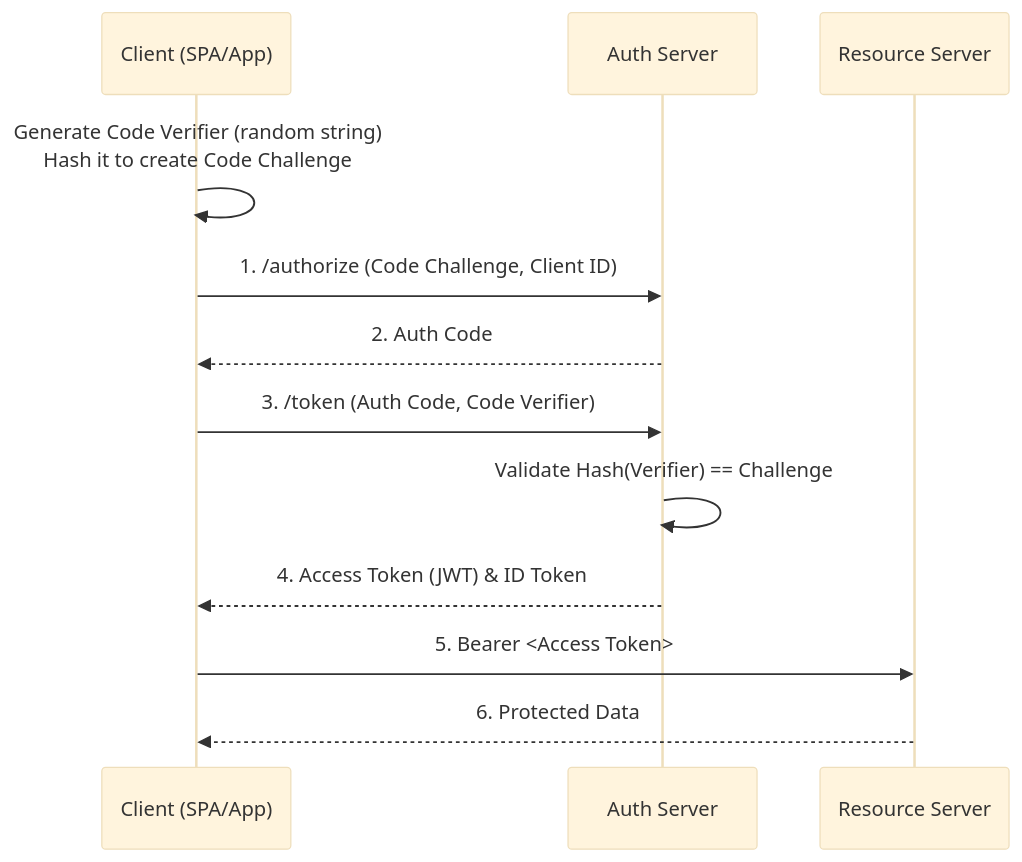
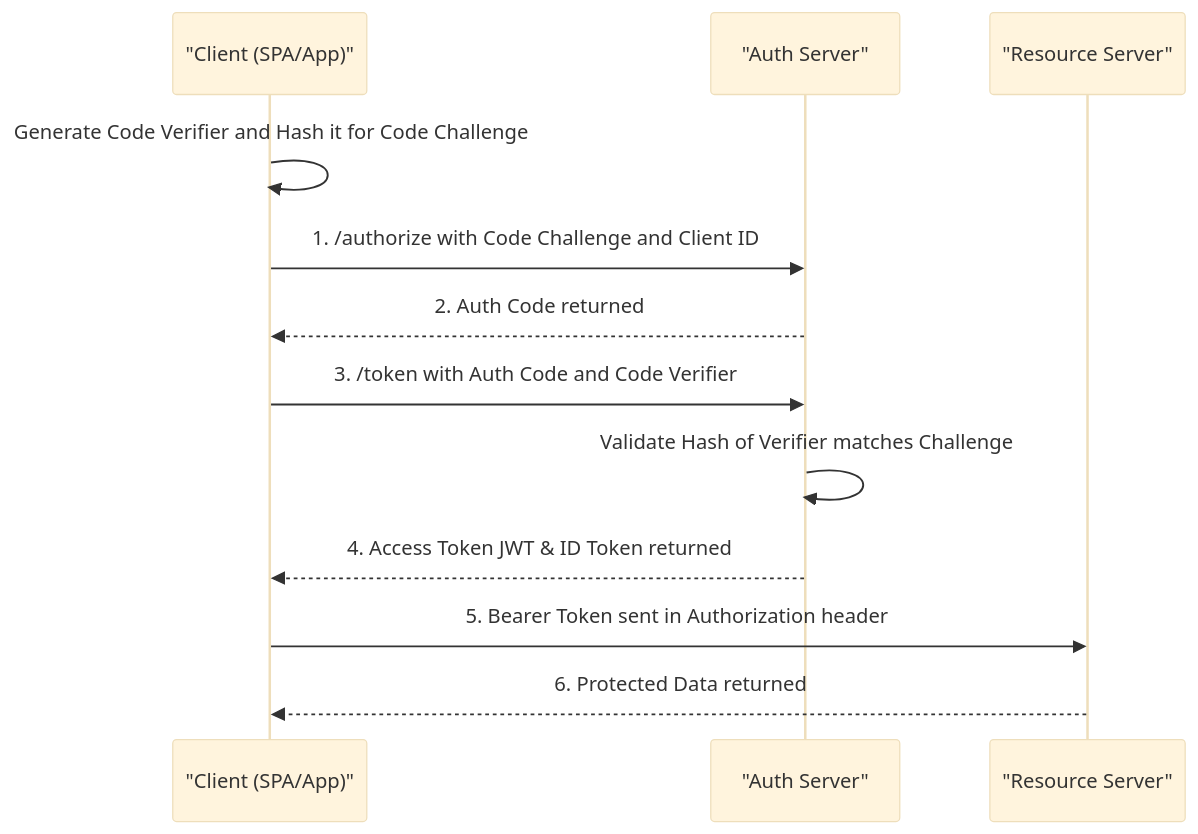
Before and after one commit to fazleyrabby/backend-engineering-mastery: the diagram in cs-fundamentals/08_security_owasp_oauth2.md, drawn with Mermaid (base theme). The commit also changed other lines of this file and 14 other files, not shown here.

````diff
--- a/cs-fundamentals/08_security_owasp_oauth2.md
+++ b/cs-fundamentals/08_security_owasp_oauth2.md
@@ -21,15 +133,15 @@
 ```mermaid
 sequenceDiagram
-    participant App as Client (SPA/App)
-    participant Auth as Auth Server
-    participant Res as Resource Server
+    participant App as "Client (SPA/App)"
+    participant Auth as "Auth Server"
+    participant Res as "Resource Server"
 
-    App->>App: Generate Code Verifier (random string)<br/>Hash it to create Code Challenge
-    App->>Auth: 1. /authorize (Code Challenge, Client ID)
-    Auth-->>App: 2. Auth Code
-    App->>Auth: 3. /token (Auth Code, Code Verifier)
-    Auth->>Auth: Validate Hash(Verifier) == Challenge
-    Auth-->>App: 4. Access Token (JWT) & ID Token
-    App->>Res: 5. Bearer <Access Token>
-    Res-->>App: 6. Protected Data
+    App->>App: Generate Code Verifier and Hash it for Code Challenge
+    App->>Auth: 1. /authorize with Code Challenge and Client ID
+    Auth-->>App: 2. Auth Code returned
+    App->>Auth: 3. /token with Auth Code and Code Verifier
+    Auth->>Auth: Validate Hash of Verifier matches Challenge
+    Auth-->>App: 4. Access Token JWT & ID Token returned
+    App->>Res: 5. Bearer Token sent in Authorization header
+    Res-->>App: 6. Protected Data returned
 ```
````
